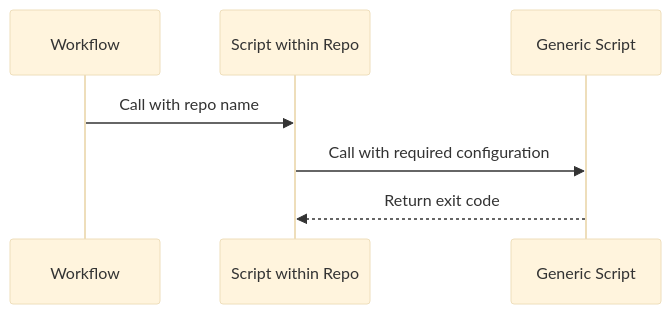
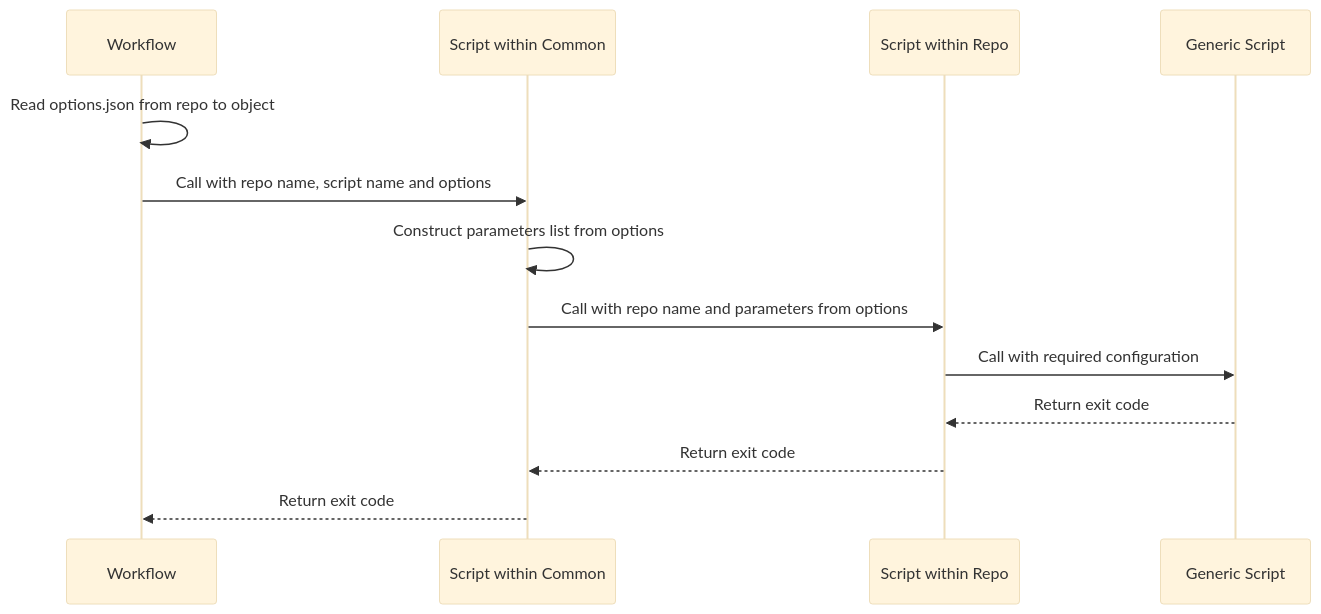
One commit to postindustria-tech/common-ci changed the diagram in design.md. Above: the diagram before and after it, drawn with Mermaid (base theme). The commit also changed other lines of this file, not shown here.

Commit message:
DOC: Added steps to the script calling structure diagram.

````diff
--- a/design.md
+++ b/design.md
@@ -134,11 +135,17 @@
 ```mermaid
 sequenceDiagram
     participant WF as Workflow
+    participant CI as Script within Common
     participant Script as Script within Repo
     participant GS as Generic Script
 
-    WF->>Script: Call with repo name
+    WF->>WF: Read options.json from repo to object
+    WF->>CI: Call with repo name, script name and options
+    CI->>CI: Construct parameters list from options
+    CI->>Script: Call with repo name and parameters from options
     Script->>GS: Call with required configuration
     GS-->>Script: Return exit code
+    Script-->>CI: Return exit code
+    CI-->>WF: Return exit code
 
 ```
````
